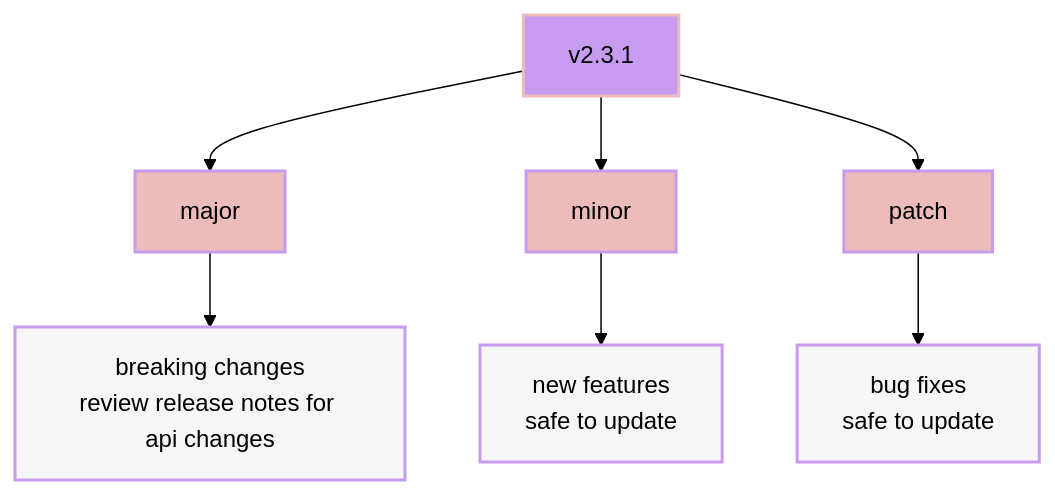
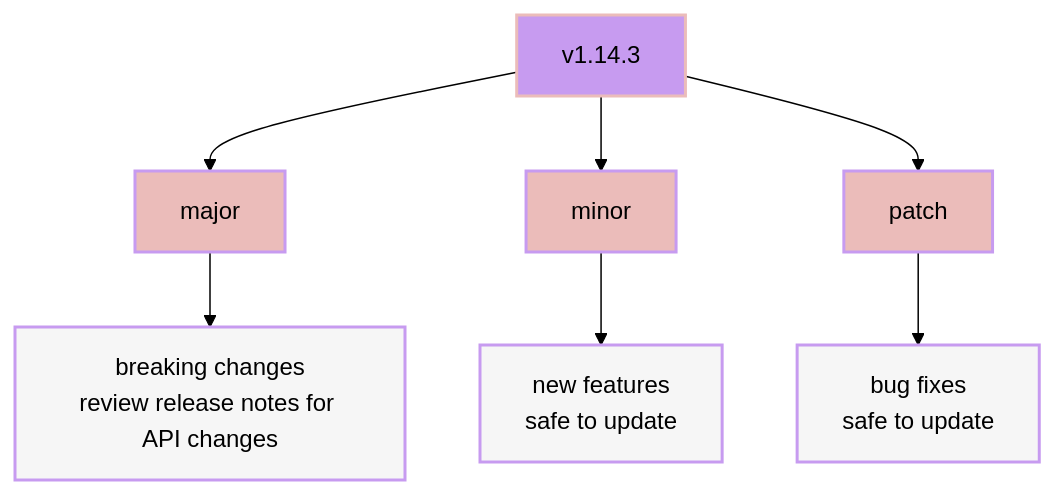
Before and after one commit to ClementBobin/hydenix: the diagram in template/docs/upgrading.md, drawn with Mermaid (forest theme). The commit also changed other lines of this file and 7 other files, not shown here.

````diff
--- a/template/docs/upgrading.md
+++ b/template/docs/upgrading.md
@@ -32,17 +42,17 @@
 ```mermaid
 graph TD
-    A[v2.3.1] --> B[major]
+    A[v1.14.3] --> B[major]
     A --> C[minor]
     A --> D[patch]
-    B --> E[breaking changes<br>review release notes for api changes]
+    B --> E[breaking changes<br>review release notes for API changes]
     C --> F[new features<br>safe to update]
     D --> G[bug fixes<br>safe to update]
 
     style A fill:#c79bf0,stroke:#ebbcba,stroke-width:2px,color:#000
     style B fill:#ebbcba,stroke:#c79bf0,stroke-width:2px,color:#000
     style C fill:#ebbcba,stroke:#c79bf0,stroke-width:2px,color:#000
     style D fill:#ebbcba,stroke:#c79bf0,stroke-width:2px,color:#000
     style E fill:#f6f6f6,stroke:#c79bf0,stroke-width:2px,color:#000
     style F fill:#f6f6f6,stroke:#c79bf0,stroke-width:2px,color:#000
     style G fill:#f6f6f6,stroke:#c79bf0,stroke-width:2px,color:#000
 ```
````
